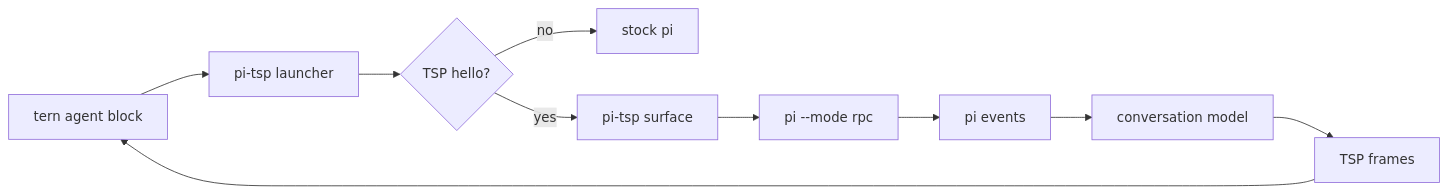
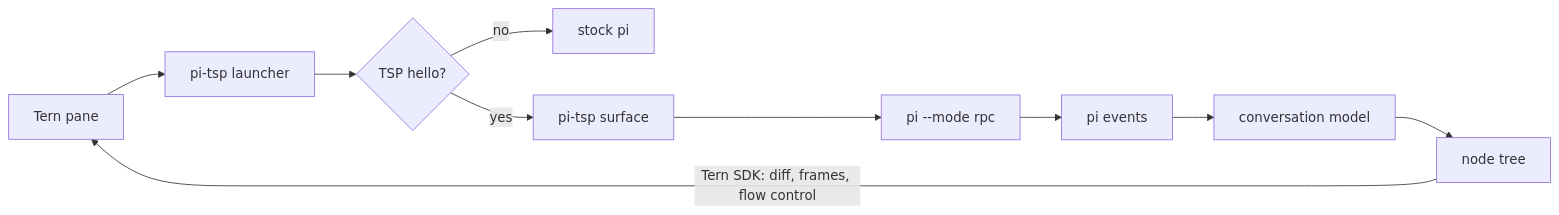
Before and after one commit to MadeBy561/pi-tsp: the diagram in README.md, drawn with Mermaid. The commit also changed other lines of this file and 62 other files, not shown here.

````diff
--- a/README.md
+++ b/README.md
@@ -86,12 +95,12 @@
 ```mermaid
 flowchart LR
-  A[tern agent block] --> B[pi-tsp launcher]
+  A[Tern pane] --> B[pi-tsp launcher]
   B --> C{TSP hello?}
   C -->|no| D[stock pi]
   C -->|yes| E[pi-tsp surface]
   E --> F[pi --mode rpc]
   F --> G[pi events]
   G --> H[conversation model]
-  H --> I[TSP frames]
-  I --> A
+  H --> I[node tree]
+  I -->|Tern SDK: diff, frames, flow control| A
 ```
````
